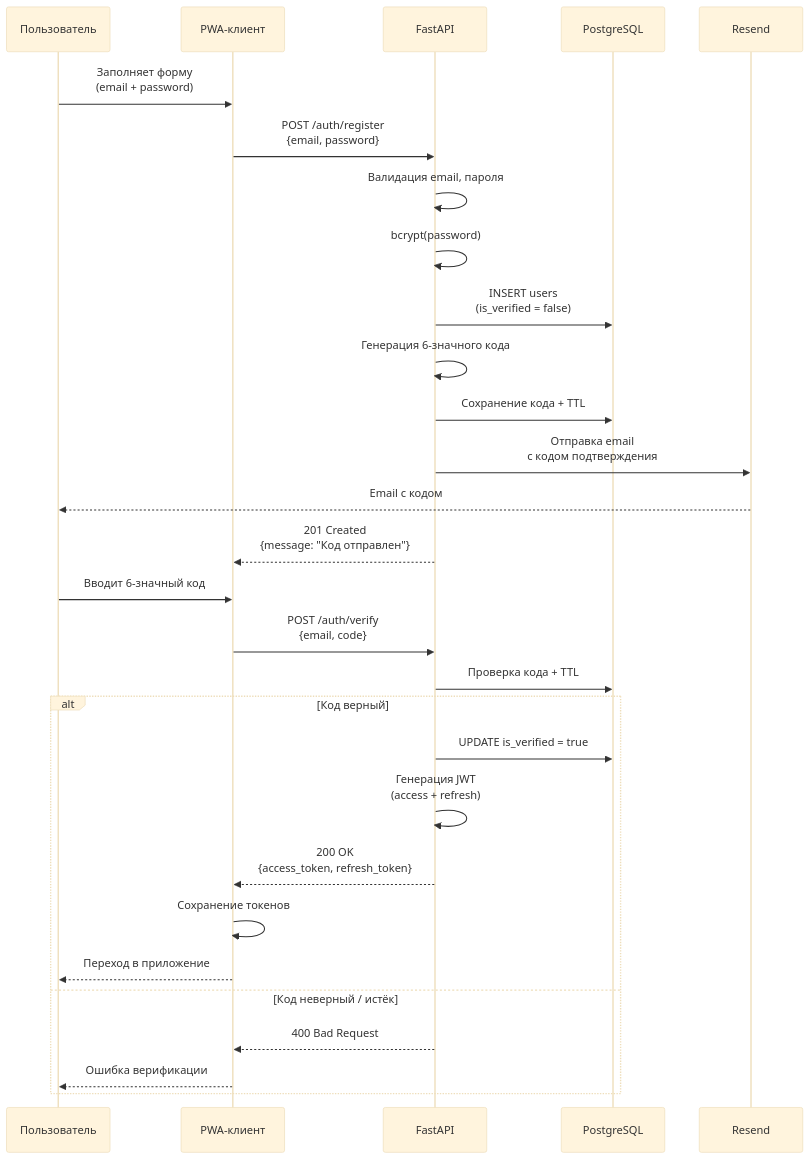
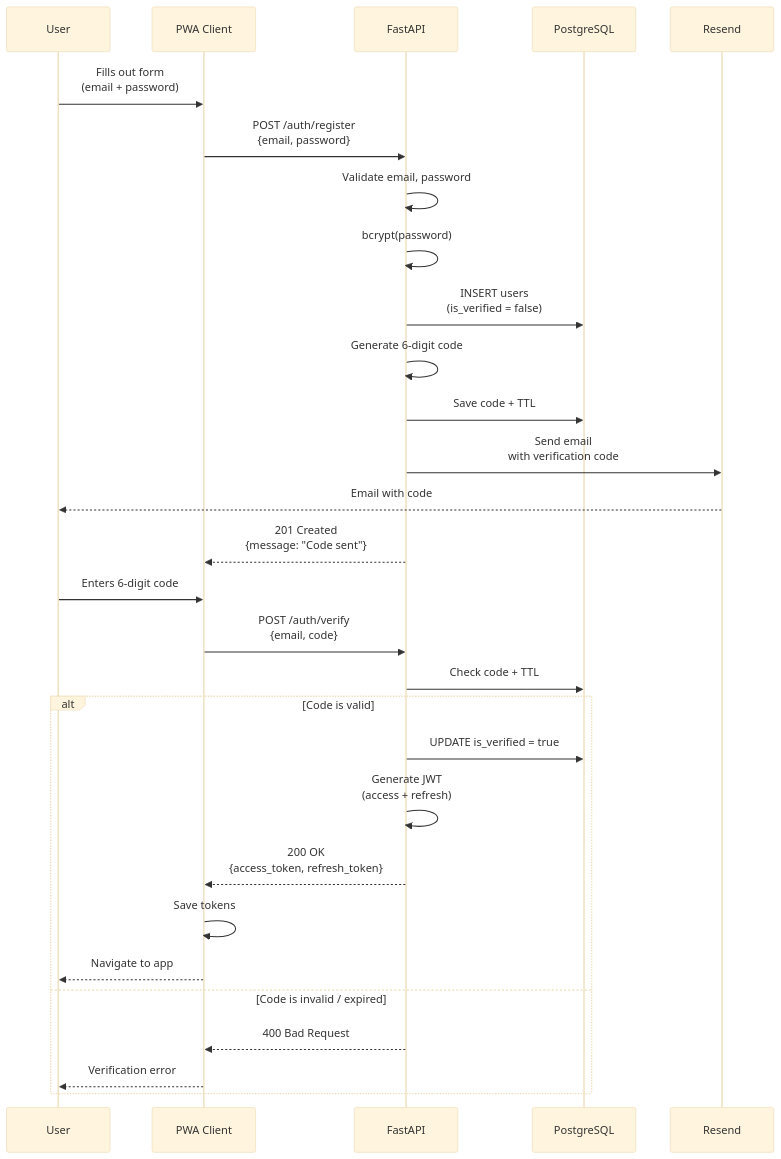
One commit to itechmeat/twype-voice changed the fifth of 25 diagrams in docs/architecture.md. Above: the diagram before and after it, drawn with Mermaid (base theme). The commit also changed other lines of this file and 30 other files, not shown here.

First line of the commit message:
feat(api): add JWT authentication with email verification (#3) (#3)

````diff
--- a/docs/architecture.md
+++ b/docs/architecture.md
@@ -255,33 +255,33 @@
 ```mermaid
 sequenceDiagram
-    participant U as Пользователь
-    participant PWA as PWA-клиент
+    participant U as User
+    participant PWA as PWA Client
     participant API as FastAPI
     participant DB as PostgreSQL
     participant R as Resend
 
-    U->>PWA: Заполняет форму<br/>(email + password)
+    U->>PWA: Fills out form<br/>(email + password)
     PWA->>API: POST /auth/register<br/>{email, password}
-    API->>API: Валидация email, пароля
+    API->>API: Validate email, password
     API->>API: bcrypt(password)
     API->>DB: INSERT users<br/>(is_verified = false)
-    API->>API: Генерация 6-значного кода
-    API->>DB: Сохранение кода + TTL
-    API->>R: Отправка email<br/>с кодом подтверждения
-    R-->>U: Email с кодом
-    API-->>PWA: 201 Created<br/>{message: "Код отправлен"}
+    API->>API: Generate 6-digit code
+    API->>DB: Save code + TTL
+    API->>R: Send email<br/>with verification code
+    R-->>U: Email with code
+    API-->>PWA: 201 Created<br/>{message: "Code sent"}
 
-    U->>PWA: Вводит 6-значный код
+    U->>PWA: Enters 6-digit code
     PWA->>API: POST /auth/verify<br/>{email, code}
-    API->>DB: Проверка кода + TTL
-    alt Код верный
+    API->>DB: Check code + TTL
+    alt Code is valid
         API->>DB: UPDATE is_verified = true
-        API->>API: Генерация JWT<br/>(access + refresh)
+        API->>API: Generate JWT<br/>(access + refresh)
         API-->>PWA: 200 OK<br/>{access_token, refresh_token}
-        PWA->>PWA: Сохранение токенов
-        PWA-->>U: Переход в приложение
-    else Код неверный / истёк
+        PWA->>PWA: Save tokens
+        PWA-->>U: Navigate to app
+    else Code is invalid / expired
         API-->>PWA: 400 Bad Request
-        PWA-->>U: Ошибка верификации
+        PWA-->>U: Verification error
     end
 ```
````
